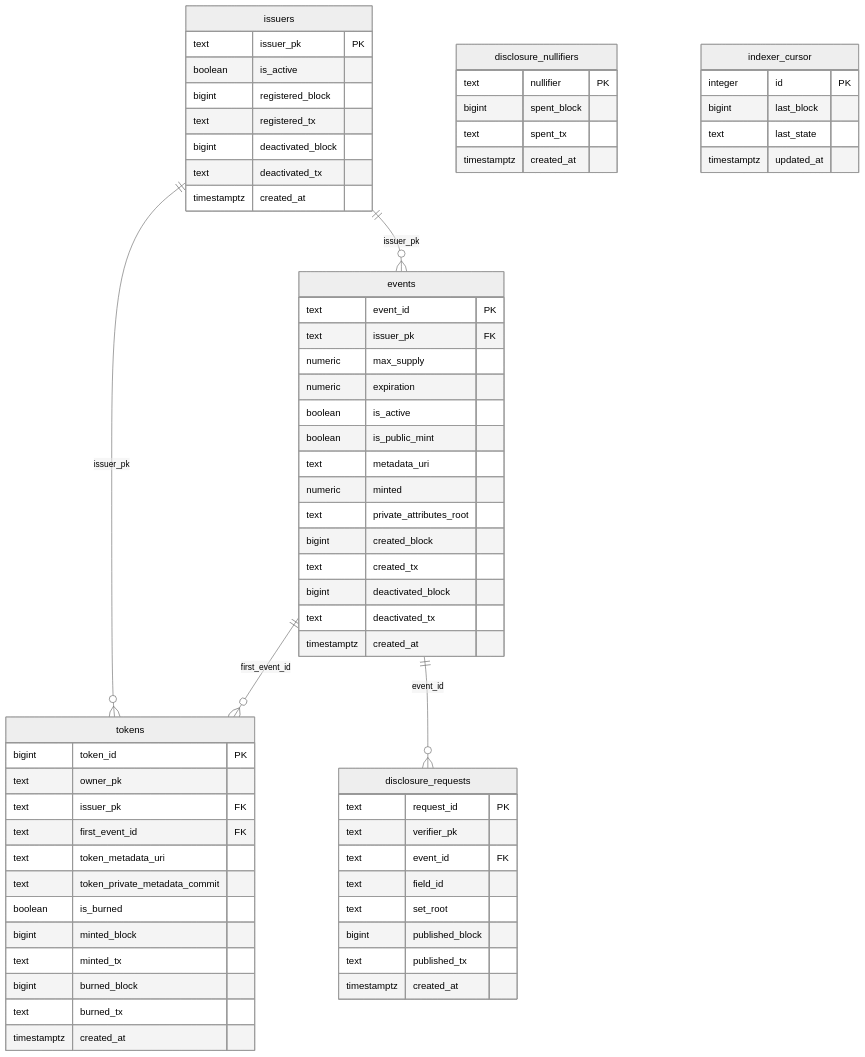
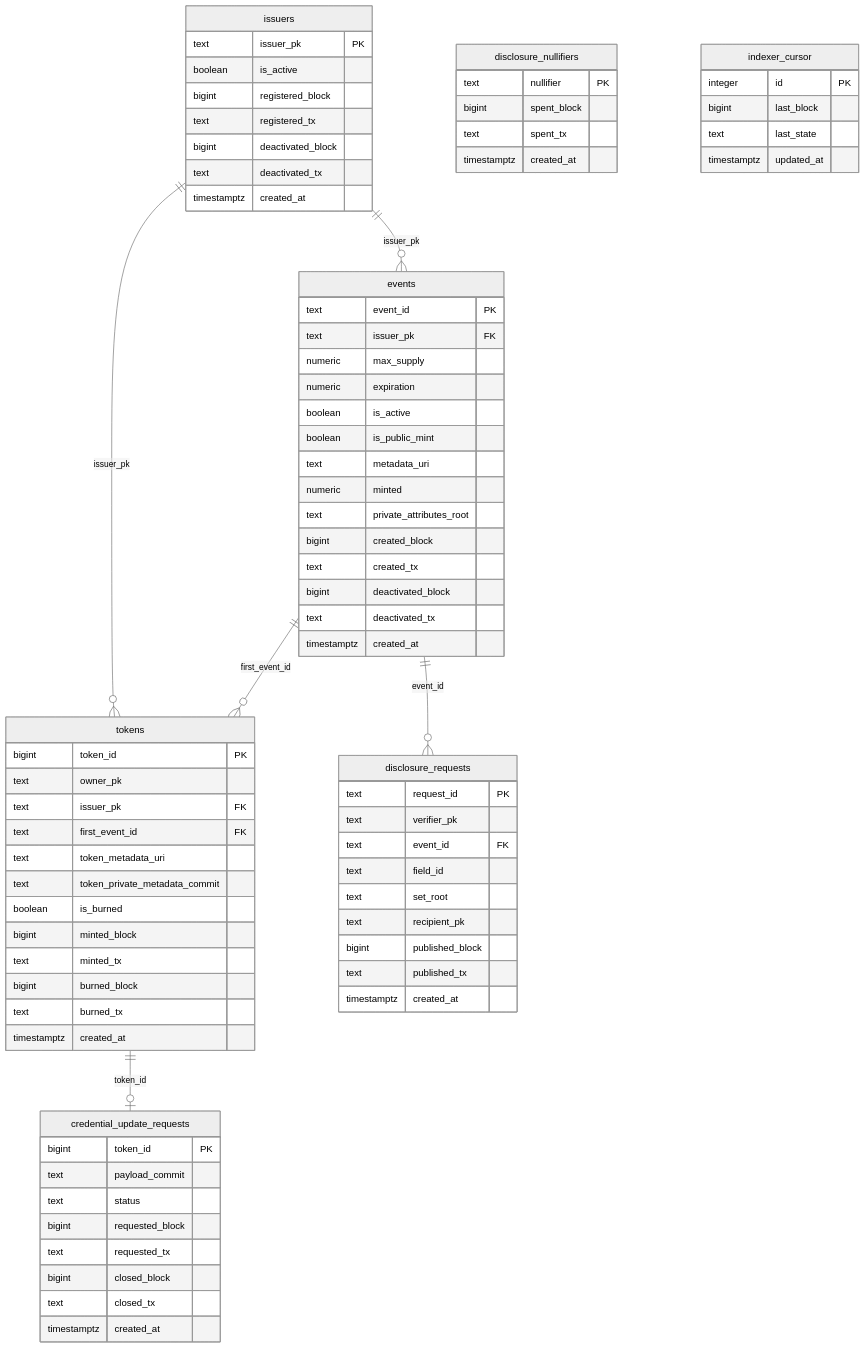
Before and after one commit to AdaSouls/velum: the diagram in docs/02-indexer/data-model.md, drawn with Mermaid (neutral theme). The commit also changed other lines of this file and 61 other files, not shown here.

````diff
--- a/docs/02-indexer/data-model.md
+++ b/docs/02-indexer/data-model.md
@@ -12,69 +13,81 @@
 ```mermaid
 erDiagram
     issuers ||--o{ events : "issuer_pk"
     issuers ||--o{ tokens : "issuer_pk"
     events  ||--o{ tokens : "first_event_id"
     events  ||--o{ disclosure_requests : "event_id"
+    tokens  ||--o| credential_update_requests : "token_id"
 
     issuers {
         text issuer_pk PK
         boolean is_active
         bigint registered_block
         text registered_tx
         bigint deactivated_block
         text deactivated_tx
         timestamptz created_at
     }
     events {
         text event_id PK
         text issuer_pk FK
         numeric max_supply
         numeric expiration
         boolean is_active
         boolean is_public_mint
         text metadata_uri
         numeric minted
         text private_attributes_root
         bigint created_block
         text created_tx
         bigint deactivated_block
         text deactivated_tx
         timestamptz created_at
     }
     tokens {
         bigint token_id PK
         text owner_pk
         text issuer_pk FK
         text first_event_id FK
         text token_metadata_uri
         text token_private_metadata_commit
         boolean is_burned
         bigint minted_block
         text minted_tx
         bigint burned_block
         text burned_tx
         timestamptz created_at
     }
     disclosure_requests {
         text request_id PK
         text verifier_pk
         text event_id FK
         text field_id
         text set_root
+        text recipient_pk
         bigint published_block
         text published_tx
+        timestamptz created_at
+    }
+    credential_update_requests {
+        bigint token_id PK
+        text payload_commit
+        text status
+        bigint requested_block
+        text requested_tx
+        bigint closed_block
+        text closed_tx
         timestamptz created_at
     }
     disclosure_nullifiers {
         text nullifier PK
         bigint spent_block
         text spent_tx
         timestamptz created_at
     }
     indexer_cursor {
         integer id PK
         bigint last_block
         text last_state
         timestamptz updated_at
     }
 ```
````
